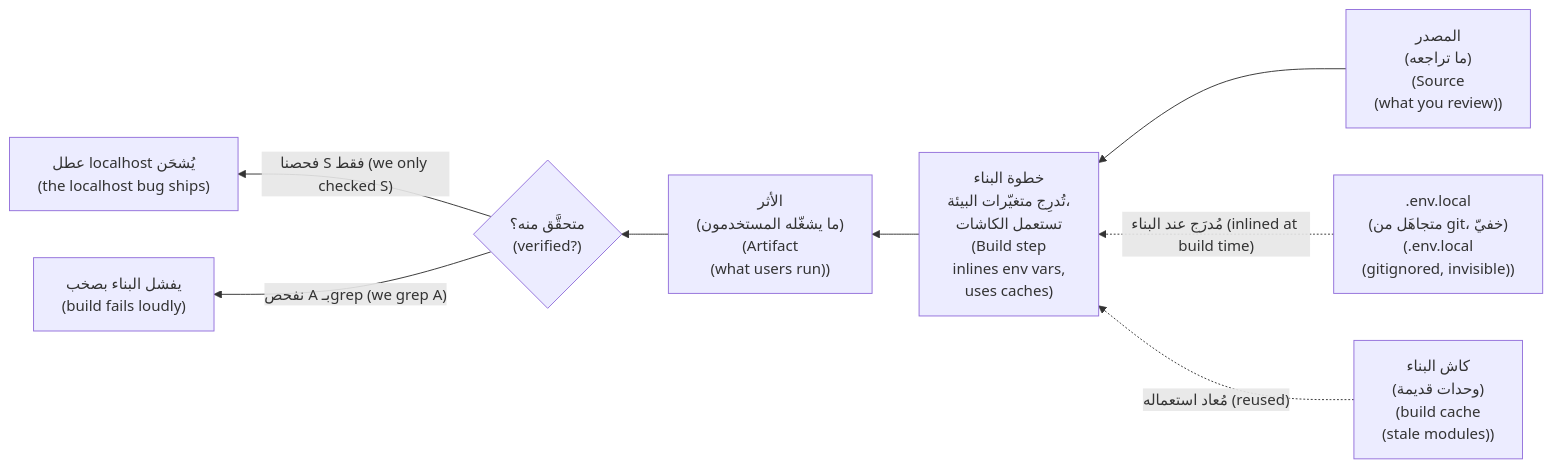
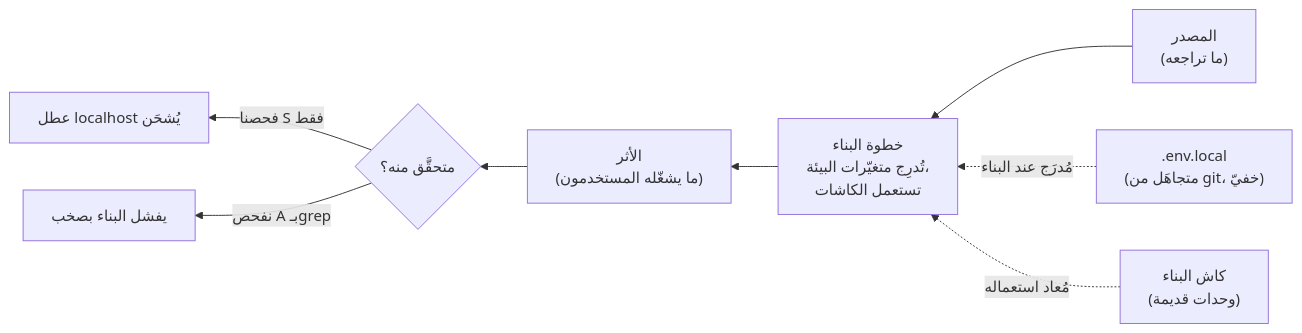
The fifth of 5 diagrams in modules/04-deploys/module.ar.md (Tamoura/system-design-for-vibe-coders), drawn with Mermaid before and after one commit. The commit also changed other lines of this file and 551 other files, not shown here.

````diff
--- a/modules/04-deploys/module.ar.md
+++ b/modules/04-deploys/module.ar.md
@@ -446,10 +446,10 @@
 ```mermaid
 flowchart RL
-    S["المصدر<br/>(ما تراجعه)<br/>(Source<br/>(what you review))"] --> B["خطوة البناء<br/>تُدرِج متغيّرات البيئة،<br/>تستعمل الكاشات<br/>(Build step<br/>inlines env vars,<br/>uses caches)"]
-    B --> A["الأثر<br/>(ما يشغّله المستخدمون)<br/>(Artifact<br/>(what users run))"]
-    ENV[".env.local<br/>(متجاهَل من git، خفيّ)<br/>(.env.local<br/>(gitignored, invisible))"] -.->|"مُدرَج عند البناء (inlined at build time)"| B
-    CACHE["كاش البناء<br/>(وحدات قديمة)<br/>(build cache<br/>(stale modules))"] -.->|"مُعاد استعماله (reused)"| B
-    A --> CHECK{"متحقَّق منه؟<br/>(verified?)"}
-    CHECK -->|"فحصنا S فقط (we only checked S)"| MISS["عطل localhost يُشحَن<br/>(the localhost bug ships)"]
-    CHECK -->|"نفحص A بـgrep (we grep A)"| CATCH["يفشل البناء بصخب<br/>(build fails loudly)"]
+    S["المصدر<br/>(ما تراجعه)"] --> B["خطوة البناء<br/>تُدرِج متغيّرات البيئة،<br/>تستعمل الكاشات"]
+    B --> A["الأثر<br/>(ما يشغّله المستخدمون)"]
+    ENV[".env.local<br/>(متجاهَل من git، خفيّ)"] -.->|"مُدرَج عند البناء"| B
+    CACHE["كاش البناء<br/>(وحدات قديمة)"] -.->|"مُعاد استعماله"| B
+    A --> CHECK{"متحقَّق منه؟"}
+    CHECK -->|"فحصنا S فقط"| MISS["عطل localhost يُشحَن"]
+    CHECK -->|"نفحص A بـgrep"| CATCH["يفشل البناء بصخب"]
 ```
````
